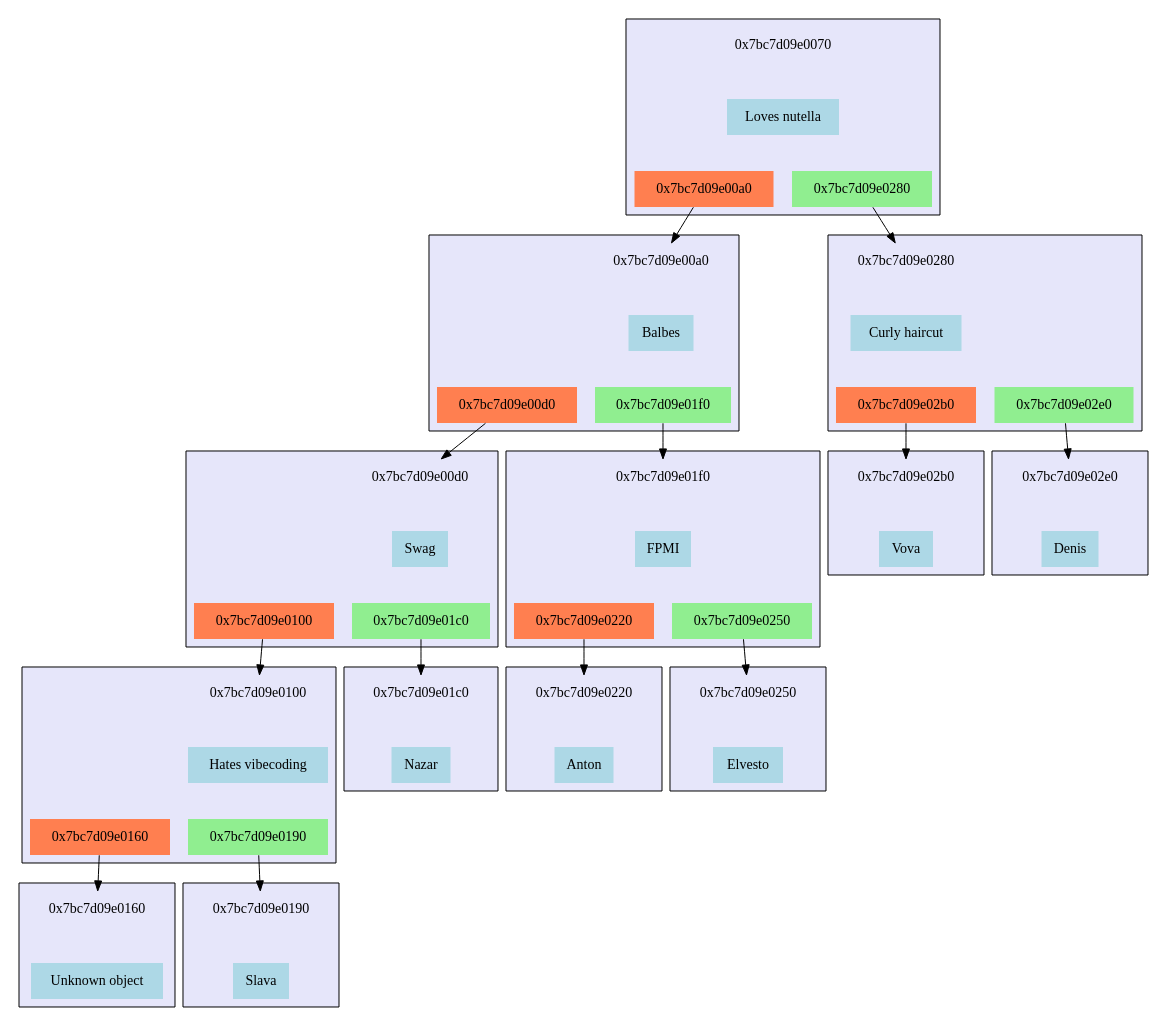
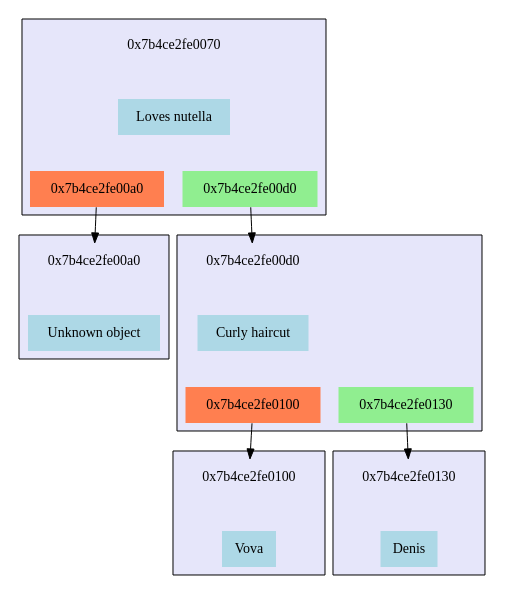
One commit to MasterVAE/MIPT_Akinator changed the diagram in files/tree.dot. Above: the diagram before and after it, drawn with Graphviz. The commit also changed 6 other files, not shown here.

```diff
--- a/files/tree.dot
+++ b/files/tree.dot
@@ -1,208 +1,80 @@
 digraph G {	 node [shape=plaintext, style="filled"];
 	 rankdir=TB;
-subgraph cluster_0x7bc7d09e0070                                     
+subgraph cluster_0x7b4ce2fe0070                                     
 {                                                       
 	style=filled;                                         
 	rank=0;                                              
 	fillcolor=lavender;                                   
-	"0x7bc7d09e0070_address"[label="0x7bc7d09e0070",fillcolor="lavender"];  
-	"0x7bc7d09e0070_value"[label="Loves nutella",fillcolor="lightblue"];   
-	subgraph "0x7bc7d09e0070_bottom"                                
+	"0x7b4ce2fe0070_address"[label="0x7b4ce2fe0070",fillcolor="lavender"];  
+	"0x7b4ce2fe0070_value"[label="Loves nutella",fillcolor="lightblue"];   
+	subgraph "0x7b4ce2fe0070_bottom"                                
 	{                                                     
 		 style=invis;                                       
-		"0x7bc7d09e0070_left"[label="0x7bc7d09e00a0",fillcolor="coral"];      
-		"0x7bc7d09e0070_right"[label="0x7bc7d09e0280",fillcolor="lightgreen"];
+		"0x7b4ce2fe0070_left"[label="0x7b4ce2fe00a0",fillcolor="coral"];      
+		"0x7b4ce2fe0070_right"[label="0x7b4ce2fe00d0",fillcolor="lightgreen"];
 	}                                                     
-	"0x7bc7d09e0070_address"->"0x7bc7d09e0070_value"[style=invis,weight=10];  
-	"0x7bc7d09e0070_value"->"0x7bc7d09e0070_left"[style=invis,weight=10];     
-	"0x7bc7d09e0070_value"->"0x7bc7d09e0070_right"[style=invis,weight=10];    
+	"0x7b4ce2fe0070_address"->"0x7b4ce2fe0070_value"[style=invis,weight=10];  
+	"0x7b4ce2fe0070_value"->"0x7b4ce2fe0070_left"[style=invis,weight=10];     
+	"0x7b4ce2fe0070_value"->"0x7b4ce2fe0070_right"[style=invis,weight=10];    
 }                                                       
-"0x7bc7d09e0070_left" -> "0x7bc7d09e00a0_address";
-subgraph cluster_0x7bc7d09e00a0                                     
+"0x7b4ce2fe0070_left" -> "0x7b4ce2fe00a0_address";
+subgraph cluster_0x7b4ce2fe00a0                                     
 {                                                       
 	style=filled;                                         
 	rank=1;                                              
 	fillcolor=lavender;                                   
-	"0x7bc7d09e00a0_address"[label="0x7bc7d09e00a0",fillcolor="lavender"];  
-	"0x7bc7d09e00a0_value"[label="Balbes",fillcolor="lightblue"];   
-	subgraph "0x7bc7d09e00a0_bottom"                                
+	"0x7b4ce2fe00a0_address"[label="0x7b4ce2fe00a0",fillcolor="lavender"];  
+	"0x7b4ce2fe00a0_value"[label="Unknown object",fillcolor="lightblue"];   
+	subgraph "0x7b4ce2fe00a0_bottom"                                
 	{                                                     
 		 style=invis;                                       
-		"0x7bc7d09e00a0_left"[label="0x7bc7d09e00d0",fillcolor="coral"];      
-		"0x7bc7d09e00a0_right"[label="0x7bc7d09e01f0",fillcolor="lightgreen"];
 	}                                                     
-	"0x7bc7d09e00a0_address"->"0x7bc7d09e00a0_value"[style=invis,weight=10];  
-	"0x7bc7d09e00a0_value"->"0x7bc7d09e00a0_left"[style=invis,weight=10];     
-	"0x7bc7d09e00a0_value"->"0x7bc7d09e00a0_right"[style=invis,weight=10];    
+	"0x7b4ce2fe00a0_address"->"0x7b4ce2fe00a0_value"[style=invis,weight=10];  
 }                                                       
-"0x7bc7d09e00a0_left" -> "0x7bc7d09e00d0_address";
-subgraph cluster_0x7bc7d09e00d0                                     
+"0x7b4ce2fe0070_right" -> "0x7b4ce2fe00d0_address";
+subgraph cluster_0x7b4ce2fe00d0                                     
+{                                                       
+	style=filled;                                         
+	rank=1;                                              
+	fillcolor=lavender;                                   
+	"0x7b4ce2fe00d0_address"[label="0x7b4ce2fe00d0",fillcolor="lavender"];  
+	"0x7b4ce2fe00d0_value"[label="Curly haircut",fillcolor="lightblue"];   
+	subgraph "0x7b4ce2fe00d0_bottom"                                
+	{                                                     
+		 style=invis;                                       
+		"0x7b4ce2fe00d0_left"[label="0x7b4ce2fe0100",fillcolor="coral"];      
+		"0x7b4ce2fe00d0_right"[label="0x7b4ce2fe0130",fillcolor="lightgreen"];
+	}                                                     
+	"0x7b4ce2fe00d0_address"->"0x7b4ce2fe00d0_value"[style=invis,weight=10];  
+	"0x7b4ce2fe00d0_value"->"0x7b4ce2fe00d0_left"[style=invis,weight=10];     
+	"0x7b4ce2fe00d0_value"->"0x7b4ce2fe00d0_right"[style=invis,weight=10];    
+}                                                       
+"0x7b4ce2fe00d0_left" -> "0x7b4ce2fe0100_address";
+subgraph cluster_0x7b4ce2fe0100                                     
 {                                                       
 	style=filled;                                         
 	rank=2;                                              
 	fillcolor=lavender;                                   
-	"0x7bc7d09e00d0_address"[label="0x7bc7d09e00d0",fillcolor="lavender"];  
-	"0x7bc7d09e00d0_value"[label="Swag",fillcolor="lightblue"];   
-	subgraph "0x7bc7d09e00d0_bottom"                                
-	{                                                     
-		 style=invis;                                       
-		"0x7bc7d09e00d0_left"[label="0x7bc7d09e0100",fillcolor="coral"];      
-		"0x7bc7d09e00d0_right"[label="0x7bc7d09e01c0",fillcolor="lightgreen"];
-	}                                                     
-	"0x7bc7d09e00d0_address"->"0x7bc7d09e00d0_value"[style=invis,weight=10];  
-	"0x7bc7d09e00d0_value"->"0x7bc7d09e00d0_left"[style=invis,weight=10];     
-	"0x7bc7d09e00d0_value"->"0x7bc7d09e00d0_right"[style=invis,weight=10];    
-}                                                       
-"0x7bc7d09e00d0_left" -> "0x7bc7d09e0100_address";
-subgraph cluster_0x7bc7d09e0100                                     
-{                                                       
-	style=filled;                                         
-	rank=3;                                              
-	fillcolor=lavender;                                   
-	"0x7bc7d09e0100_address"[label="0x7bc7d09e0100",fillcolor="lavender"];  
-	"0x7bc7d09e0100_value"[label="Hates vibecoding",fillcolor="lightblue"];   
-	subgraph "0x7bc7d09e0100_bottom"                                
-	{                                                     
-		 style=invis;                                       
-		"0x7bc7d09e0100_left"[label="0x7bc7d09e0160",fillcolor="coral"];      
-		"0x7bc7d09e0100_right"[label="0x7bc7d09e0190",fillcolor="lightgreen"];
-	}                                                     
-	"0x7bc7d09e0100_address"->"0x7bc7d09e0100_value"[style=invis,weight=10];  
-	"0x7bc7d09e0100_value"->"0x7bc7d09e0100_left"[style=invis,weight=10];     
-	"0x7bc7d09e0100_value"->"0x7bc7d09e0100_right"[style=invis,weight=10];    
-}                                                       
-"0x7bc7d09e0100_left" -> "0x7bc7d09e0160_address";
-subgraph cluster_0x7bc7d09e0160                                     
-{                                                       
-	style=filled;                                         
-	rank=4;                                              
-	fillcolor=lavender;                                   
-	"0x7bc7d09e0160_address"[label="0x7bc7d09e0160",fillcolor="lavender"];  
-	"0x7bc7d09e0160_value"[label="Unknown object",fillcolor="lightblue"];   
-	subgraph "0x7bc7d09e0160_bottom"                                
+	"0x7b4ce2fe0100_address"[label="0x7b4ce2fe0100",fillcolor="lavender"];  
+	"0x7b4ce2fe0100_value"[label="Vova",fillcolor="lightblue"];   
+	subgraph "0x7b4ce2fe0100_bottom"                                
 	{                                                     
 		 style=invis;                                       
 	}                                                     
-	"0x7bc7d09e0160_address"->"0x7bc7d09e0160_value"[style=invis,weight=10];  
+	"0x7b4ce2fe0100_address"->"0x7b4ce2fe0100_value"[style=invis,weight=10];  
 }                                                       
-"0x7bc7d09e0100_right" -> "0x7bc7d09e0190_address";
-subgraph cluster_0x7bc7d09e0190                                     
-{                                                       
-	style=filled;                                         
-	rank=4;                                              
-	fillcolor=lavender;                                   
-	"0x7bc7d09e0190_address"[label="0x7bc7d09e0190",fillcolor="lavender"];  
-	"0x7bc7d09e0190_value"[label="Slava",fillcolor="lightblue"];   
-	subgraph "0x7bc7d09e0190_bottom"                                
-	{                                                     
-		 style=invis;                                       
-	}                                                     
-	"0x7bc7d09e0190_address"->"0x7bc7d09e0190_value"[style=invis,weight=10];  
-}                                                       
-"0x7bc7d09e00d0_right" -> "0x7bc7d09e01c0_address";
-subgraph cluster_0x7bc7d09e01c0                                     
-{                                                       
-	style=filled;                                         
-	rank=3;                                              
-	fillcolor=lavender;                                   
-	"0x7bc7d09e01c0_address"[label="0x7bc7d09e01c0",fillcolor="lavender"];  
-	"0x7bc7d09e01c0_value"[label="Nazar",fillcolor="lightblue"];   
-	subgraph "0x7bc7d09e01c0_bottom"                                
-	{                                                     
-		 style=invis;                                       
-	}                                                     
-	"0x7bc7d09e01c0_address"->"0x7bc7d09e01c0_value"[style=invis,weight=10];  
-}                                                       
-"0x7bc7d09e00a0_right" -> "0x7bc7d09e01f0_address";
-subgraph cluster_0x7bc7d09e01f0                                     
+"0x7b4ce2fe00d0_right" -> "0x7b4ce2fe0130_address";
+subgraph cluster_0x7b4ce2fe0130                                     
 {                                                       
 	style=filled;                                         
 	rank=2;                                              
 	fillcolor=lavender;                                   
-	"0x7bc7d09e01f0_address"[label="0x7bc7d09e01f0",fillcolor="lavender"];  
-	"0x7bc7d09e01f0_value"[label="FPMI",fillcolor="lightblue"];   
-	subgraph "0x7bc7d09e01f0_bottom"                                
-	{                                                     
-		 style=invis;                                       
-		"0x7bc7d09e01f0_left"[label="0x7bc7d09e0220",fillcolor="coral"];      
-		"0x7bc7d09e01f0_right"[label="0x7bc7d09e0250",fillcolor="lightgreen"];
-	}                                                     
-	"0x7bc7d09e01f0_address"->"0x7bc7d09e01f0_value"[style=invis,weight=10];  
-	"0x7bc7d09e01f0_value"->"0x7bc7d09e01f0_left"[style=invis,weight=10];     
-	"0x7bc7d09e01f0_value"->"0x7bc7d09e01f0_right"[style=invis,weight=10];    
-}                                                       
-"0x7bc7d09e01f0_left" -> "0x7bc7d09e0220_address";
-subgraph cluster_0x7bc7d09e0220                                     
-{                                                       
-	style=filled;                                         
-	rank=3;                                              
-	fillcolor=lavender;                                   
-	"0x7bc7d09e0220_address"[label="0x7bc7d09e0220",fillcolor="lavender"];  
-	"0x7bc7d09e0220_value"[label="Anton",fillcolor="lightblue"];   
-	subgraph "0x7bc7d09e0220_bottom"                                
+	"0x7b4ce2fe0130_address"[label="0x7b4ce2fe0130",fillcolor="lavender"];  
+	"0x7b4ce2fe0130_value"[label="Denis",fillcolor="lightblue"];   
+	subgraph "0x7b4ce2fe0130_bottom"                                
 	{                                                     
 		 style=invis;                                       
 	}                                                     
-	"0x7bc7d09e0220_address"->"0x7bc7d09e0220_value"[style=invis,weight=10];  
-}                                                       
-"0x7bc7d09e01f0_right" -> "0x7bc7d09e0250_address";
-subgraph cluster_0x7bc7d09e0250                                     
-{                                                       
-	style=filled;                                         
-	rank=3;                                              
-	fillcolor=lavender;                                   
-	"0x7bc7d09e0250_address"[label="0x7bc7d09e0250",fillcolor="lavender"];  
-	"0x7bc7d09e0250_value"[label="Elvesto",fillcolor="lightblue"];   
-	subgraph "0x7bc7d09e0250_bottom"                                
-	{                                                     
-		 style=invis;                                       
-	}                                                     
-	"0x7bc7d09e0250_address"->"0x7bc7d09e0250_value"[style=invis,weight=10];  
-}                                                       
-"0x7bc7d09e0070_right" -> "0x7bc7d09e0280_address";
-subgraph cluster_0x7bc7d09e0280                                     
-{                                                       
-	style=filled;                                         
-	rank=1;                                              
-	fillcolor=lavender;                                   
-	"0x7bc7d09e0280_address"[label="0x7bc7d09e0280",fillcolor="lavender"];  
-	"0x7bc7d09e0280_value"[label="Curly haircut",fillcolor="lightblue"];   
-	subgraph "0x7bc7d09e0280_bottom"                                
-	{                                                     
-		 style=invis;                                       
-		"0x7bc7d09e0280_left"[label="0x7bc7d09e02b0",fillcolor="coral"];      
-		"0x7bc7d09e0280_right"[label="0x7bc7d09e02e0",fillcolor="lightgreen"];
-	}                                                     
-	"0x7bc7d09e0280_address"->"0x7bc7d09e0280_value"[style=invis,weight=10];  
-	"0x7bc7d09e0280_value"->"0x7bc7d09e0280_left"[style=invis,weight=10];     
-	"0x7bc7d09e0280_value"->"0x7bc7d09e0280_right"[style=invis,weight=10];    
-}                                                       
-"0x7bc7d09e0280_left" -> "0x7bc7d09e02b0_address";
-subgraph cluster_0x7bc7d09e02b0                                     
-{                                                       
-	style=filled;                                         
-	rank=2;                                              
-	fillcolor=lavender;                                   
-	"0x7bc7d09e02b0_address"[label="0x7bc7d09e02b0",fillcolor="lavender"];  
-	"0x7bc7d09e02b0_value"[label="Vova",fillcolor="lightblue"];   
-	subgraph "0x7bc7d09e02b0_bottom"                                
-	{                                                     
-		 style=invis;                                       
-	}                                                     
-	"0x7bc7d09e02b0_address"->"0x7bc7d09e02b0_value"[style=invis,weight=10];  
-}                                                       
-"0x7bc7d09e0280_right" -> "0x7bc7d09e02e0_address";
-subgraph cluster_0x7bc7d09e02e0                                     
-{                                                       
-	style=filled;                                         
-	rank=2;                                              
-	fillcolor=lavender;                                   
-	"0x7bc7d09e02e0_address"[label="0x7bc7d09e02e0",fillcolor="lavender"];  
-	"0x7bc7d09e02e0_value"[label="Denis",fillcolor="lightblue"];   
-	subgraph "0x7bc7d09e02e0_bottom"                                
-	{                                                     
-		 style=invis;                                       
-	}                                                     
-	"0x7bc7d09e02e0_address"->"0x7bc7d09e02e0_value"[style=invis,weight=10];  
+	"0x7b4ce2fe0130_address"->"0x7b4ce2fe0130_value"[style=invis,weight=10];  
 }                                                       
 }
```
